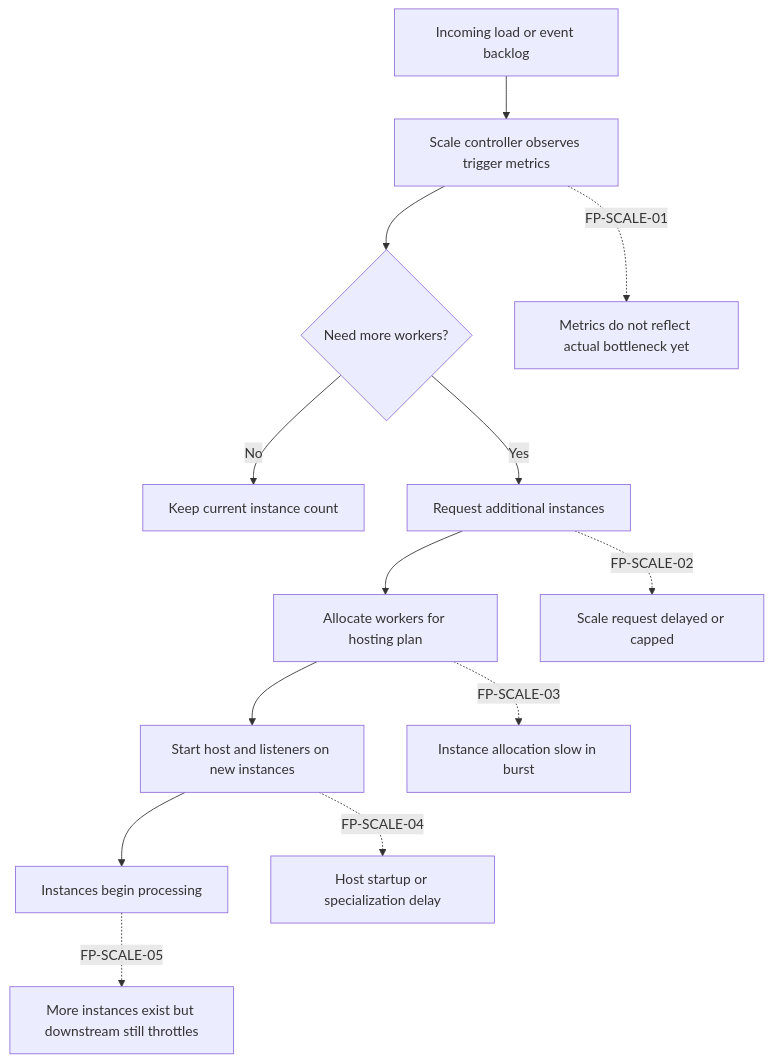
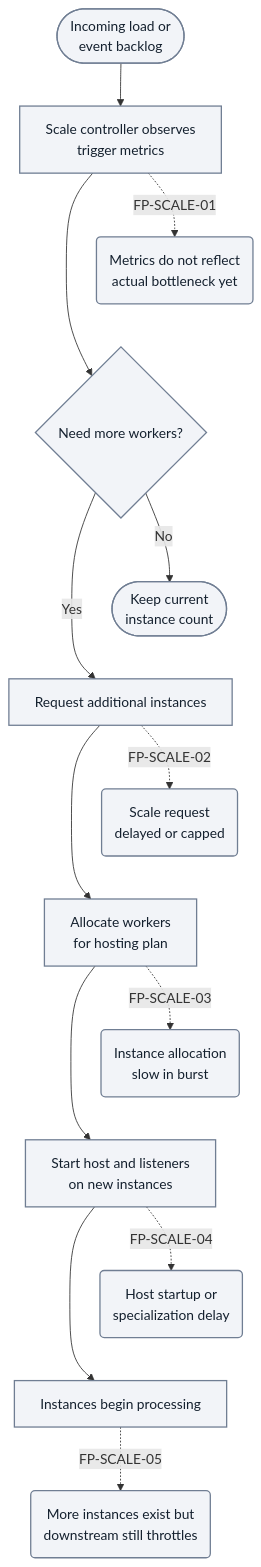
Before and after one commit to yeongseon/azure-functions-practical-guide: the fourth of 10 diagrams in docs/troubleshooting/architecture-components-reference.md, drawn with Mermaid. The commit also changed other lines of this file and 1 other file, not shown here.

First line of the commit message:
docs(diagrams): migrate Functions troubleshooting overview — architecture components reference (#452)

````diff
--- a/docs/troubleshooting/architecture-components-reference.md
+++ b/docs/troubleshooting/architecture-components-reference.md
@@ -338,16 +377,26 @@
 ```mermaid
 flowchart TD
-    A[Incoming load or event backlog] --> B[Scale controller observes trigger metrics]
+    accTitle: Event-driven scale diagnostic flow
+    accDescr: Illustrative scale-out stages for Consumption, Flex Consumption and Premium, not Dedicated App Service autoscale or a documented internal protocol. Preserve the Yes additional-instance path and No current-count outcome. Five failure points identify candidate observation, cap, allocation, startup and downstream bottlenecks, not measured failures.
+    A(["Incoming load or<br/>event backlog"]) --> B["Scale controller observes<br/>trigger metrics"]
     B --> C{Need more workers?}
-    C -->|No| D[Keep current instance count]
-    C -->|Yes| E[Request additional instances]
-    E --> F[Allocate workers for hosting plan]
-    F --> G[Start host and listeners on new instances]
-    G --> H[Instances begin processing]
+    C -->|No| D(["Keep current<br/>instance count"])
+    C -->|Yes| E["Request additional instances"]
+    E --> F["Allocate workers<br/>for hosting plan"]
+    F --> G["Start host and listeners<br/>on new instances"]
+    G --> H["Instances begin processing"]
 
-    B -. FP-SCALE-01 .-> B1[Metrics do not reflect actual bottleneck yet]
-    E -. FP-SCALE-02 .-> E1[Scale request delayed or capped]
-    F -. FP-SCALE-03 .-> F1[Instance allocation slow in burst]
-    G -. FP-SCALE-04 .-> G1[Host startup or specialization delay]
-    H -. FP-SCALE-05 .-> H1[More instances exist but downstream still throttles]
+    B -. FP-SCALE-01 .-> B1("Metrics do not reflect<br/>actual bottleneck yet")
+    E -. FP-SCALE-02 .-> E1("Scale request<br/>delayed or capped")
+    F -. FP-SCALE-03 .-> F1("Instance allocation<br/>slow in burst")
+    G -. FP-SCALE-04 .-> G1("Host startup or<br/>specialization delay")
+    H -. FP-SCALE-05 .-> H1("More instances exist but<br/>downstream still throttles")
+    %% Layout-only links serialize candidates; they add no diagnostic steps or arrows.
+    B1 ~~~ C
+    D ~~~ E
+    E1 ~~~ F
+    F1 ~~~ G
+    G1 ~~~ H
+    classDef baseNeutral fill:#f2f4f8,stroke:#707e93,stroke-width:1.5px,color:#14202e;
+    class A,B,C,D,E,F,G,H,B1,E1,F1,G1,H1 baseNeutral;
 ```
````
